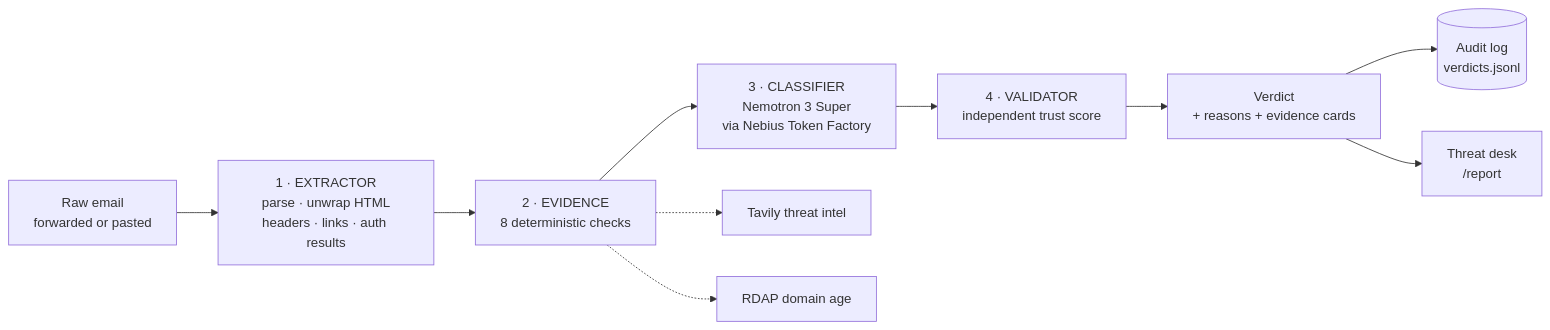
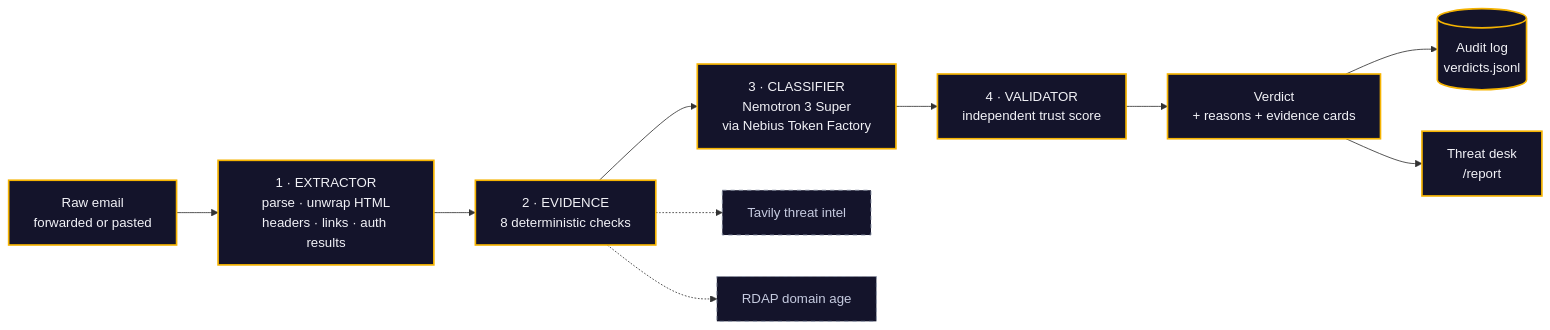
Before and after one commit to shivoymalhotra9-wq/Agentic-AI-Cyber-App: the first of 3 diagrams in README.md, drawn with Mermaid. The commit also changed other lines of this file, not shown here.

Commit message:
README v2: badges, colored diagrams, judges callout

````diff
--- a/README.md
+++ b/README.md
@@ -21,12 +32,16 @@
 ```mermaid
 flowchart LR
     A["Raw email<br/>forwarded or pasted"] --> B["1 · EXTRACTOR<br/>parse · unwrap HTML<br/>headers · links · auth results"]
     B --> C["2 · EVIDENCE<br/>8 deterministic checks"]
     C --> D["3 · CLASSIFIER<br/>Nemotron 3 Super<br/>via Nebius Token Factory"]
     D --> E["4 · VALIDATOR<br/>independent trust score"]
     E --> F["Verdict<br/>+ reasons + evidence cards"]
     F --> G[("Audit log<br/>verdicts.jsonl")]
     F --> H["Threat desk<br/>/report"]
     C -.-> I["Tavily threat intel"]
     C -.-> J["RDAP domain age"]
+    classDef core fill:#14142b,stroke:#f5b301,color:#f2f2f7,stroke-width:2px
+    classDef intel fill:#14142b,stroke:#8a93a6,color:#c6cbe0,stroke-dasharray:5 5
+    class A,B,C,D,E,F,G,H core
+    class I,J intel
 ```
````
